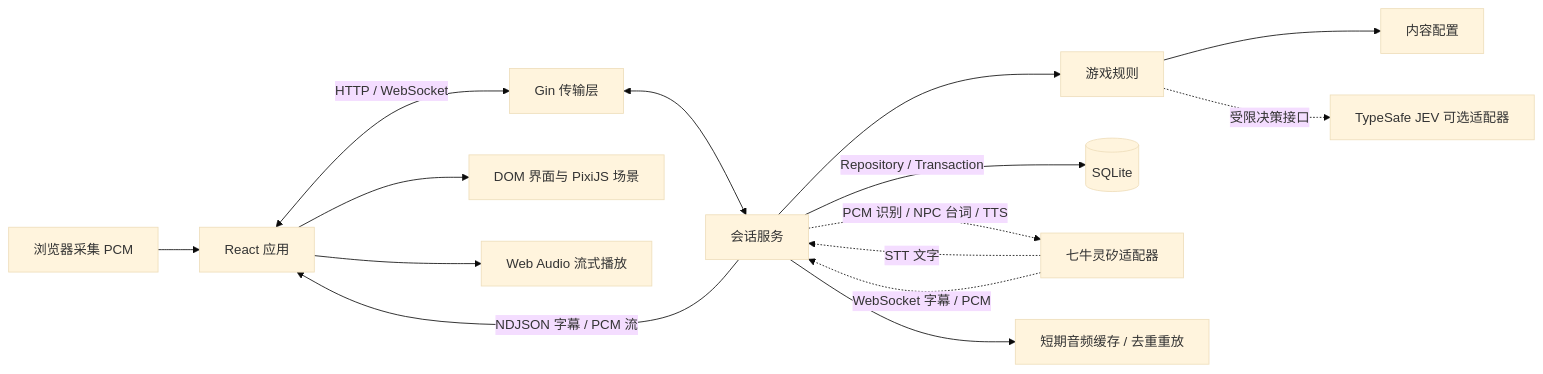
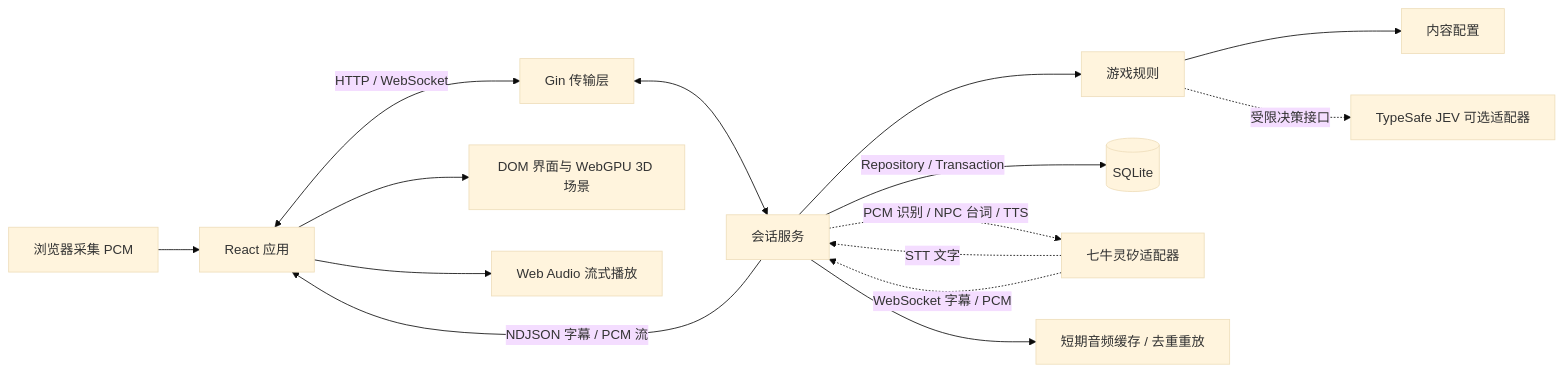
Before and after one commit to foreversmart/123killyou: the diagram in README.md, drawn with Mermaid (base theme). The commit also changed other lines of this file and 182 other files, not shown here.

````diff
--- a/README.md
+++ b/README.md
@@ -86,17 +86,17 @@
 ```mermaid
 flowchart LR
     Speech[浏览器采集 PCM] --> App[React 应用]
     App <-->|HTTP / WebSocket| Transport[Gin 传输层]
     Transport <--> Session[会话服务]
     Session --> Game[游戏规则]
     Game --> Content[内容配置]
     Game -. 受限决策接口 .-> JEV[TypeSafe JEV 可选适配器]
     Session -->|Repository / Transaction| Database[(SQLite)]
     Session -. PCM 识别 / NPC 台词 / TTS .-> Linx[七牛灵矽适配器]
     Linx -. STT 文字 .-> Session
     Linx -. WebSocket 字幕 / PCM .-> Session
-    App --> View[DOM 界面与 PixiJS 场景]
+    App --> View[DOM 界面与 WebGPU 3D 场景]
     Session -->|NDJSON 字幕 / PCM 流| App
     App --> Voice[Web Audio 流式播放]
     Session --> Audio[短期音频缓存 / 去重重放]
 ```
````
